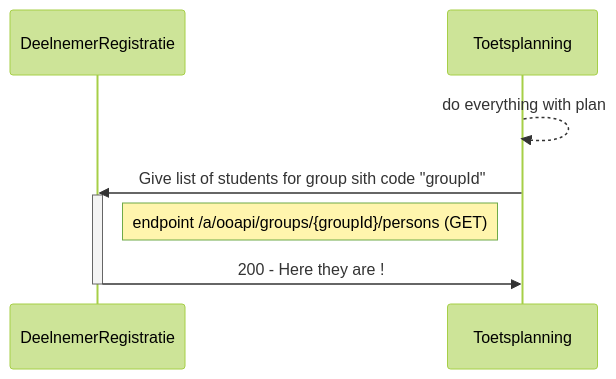
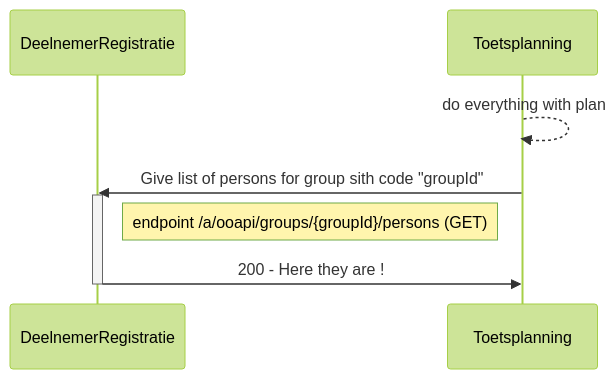
The sixth of 7 diagrams in doc/flow1.md (NetwerkExamineringDigitalisering/NED-OOAPI), drawn with Mermaid (forest theme) before and after one commit. The commit also changed other lines of this file, not shown here.

First line of the commit message:
Update flow1.md

````diff
--- a/doc/flow1.md
+++ b/doc/flow1.md
@@ -328,12 +328,12 @@
 ```mermaid
 
 sequenceDiagram
     participant DeelnemerRegistratie
     participant Toetsplanning
     Toetsplanning-->>Toetsplanning: do everything with plan
-    Toetsplanning->>DeelnemerRegistratie : Give list of students for group sith code "groupId"
+    Toetsplanning->>DeelnemerRegistratie : Give list of persons for group sith code "groupId"
     activate DeelnemerRegistratie
     Note right of DeelnemerRegistratie: endpoint /a/ooapi/groups/{groupId}/persons (GET)
     DeelnemerRegistratie->>Toetsplanning : 200 - Here they are !
     deactivate DeelnemerRegistratie
 ```
````
